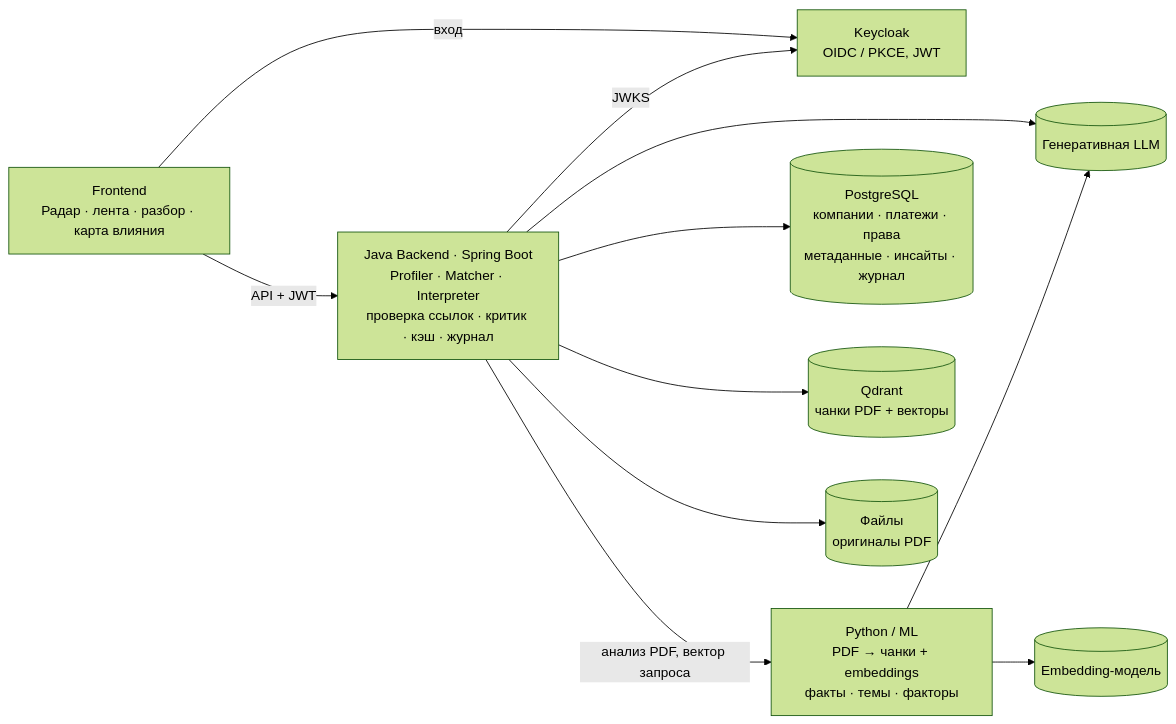
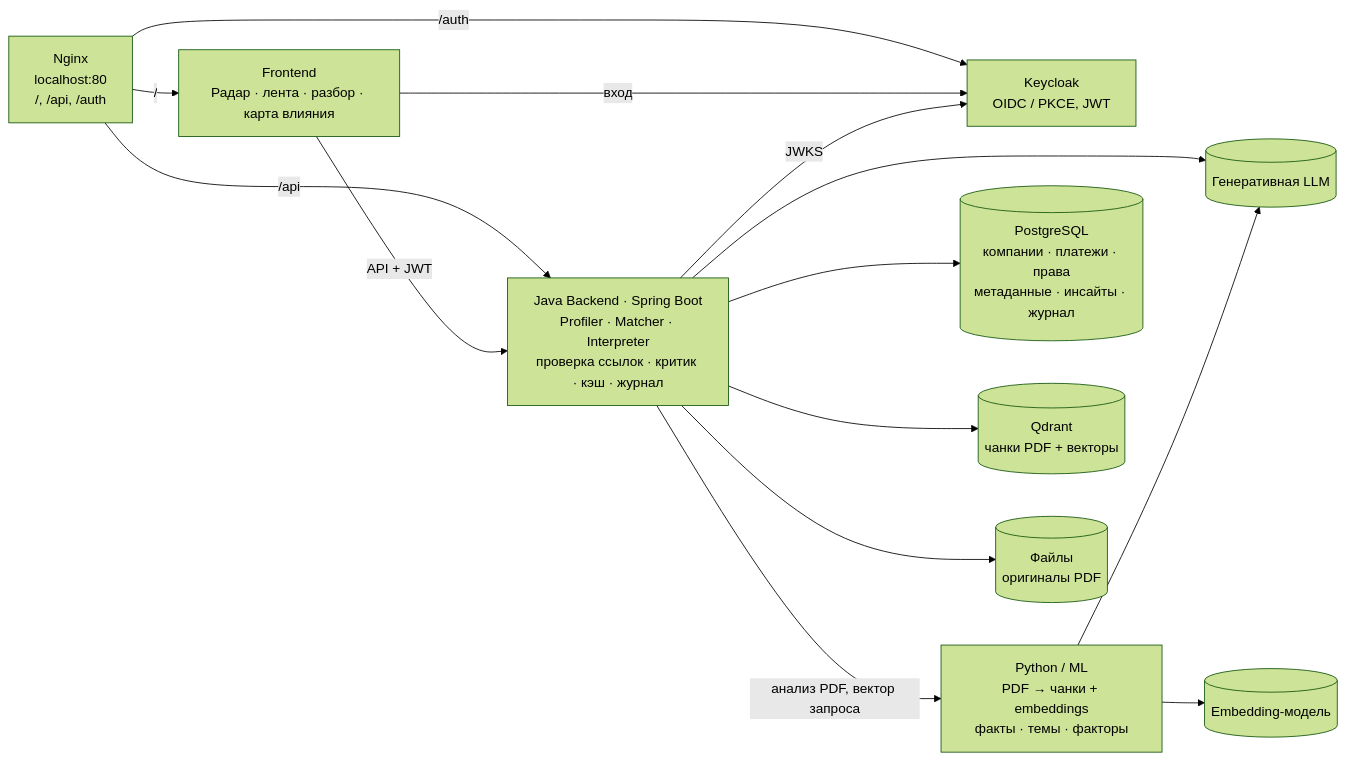
Before and after one commit to VadimLedvanov/alfa-business-insights: the diagram in README.md, drawn with Mermaid (forest theme). The commit also changed other lines of this file and 4 other files, not shown here.

````diff
--- a/README.md
+++ b/README.md
@@ -65,23 +76,27 @@
 ```mermaid
 flowchart LR
+    NG[Nginx<br/>localhost:80<br/>/, /api, /auth]
     FE[Frontend<br/>Радар · лента · разбор · карта влияния]
     KC[Keycloak<br/>OIDC / PKCE, JWT]
     BE[Java Backend · Spring Boot<br/>Profiler · Matcher · Interpreter<br/>проверка ссылок · критик · кэш · журнал]
     ML[Python / ML<br/>PDF → чанки + embeddings<br/>факты · темы · факторы]
     LLM[(Генеративная LLM)]
     EMB[(Embedding-модель)]
     PG[(PostgreSQL<br/>компании · платежи · права<br/>метаданные · инсайты · журнал)]
     QD[(Qdrant<br/>чанки PDF + векторы)]
     FS[(Файлы<br/>оригиналы PDF)]
 
+    NG -->|/| FE
+    NG -->|/api| BE
+    NG -->|/auth| KC
     FE -->|вход| KC
     FE -->|API + JWT| BE
     BE -->|JWKS| KC
     BE -->|анализ PDF, вектор запроса| ML
     BE --> LLM
     ML --> LLM
     ML --> EMB
     BE --> PG
     BE --> QD
     BE --> FS
 ```
````
